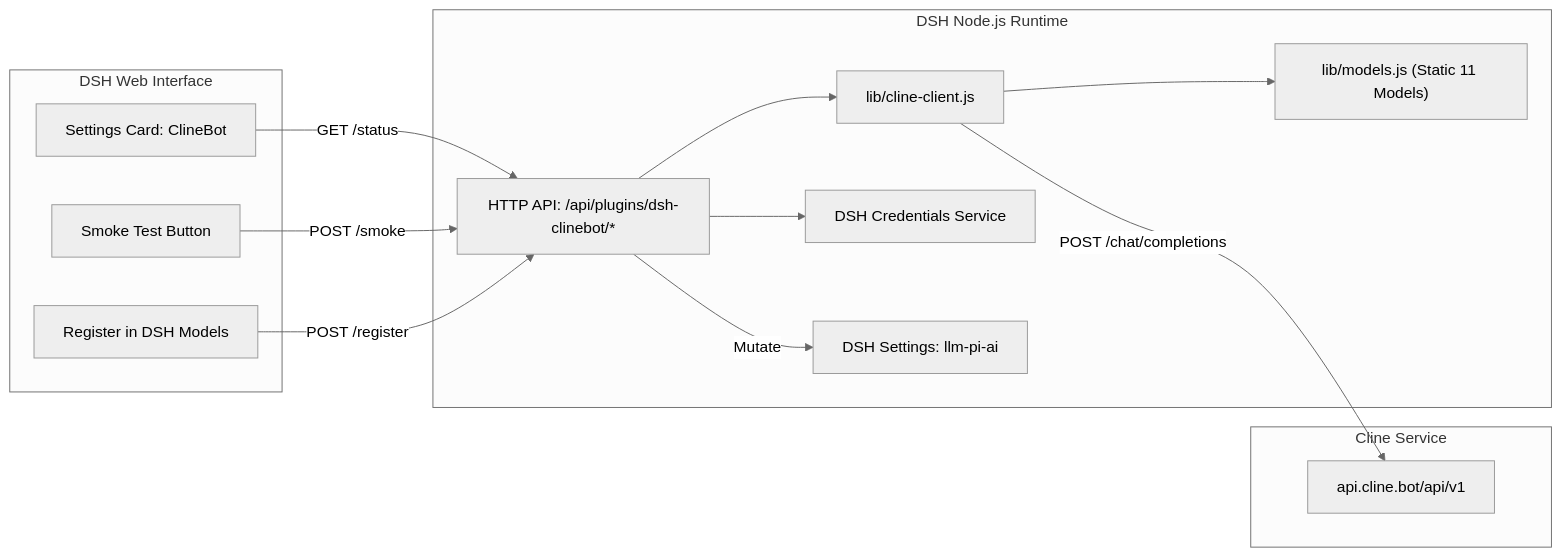
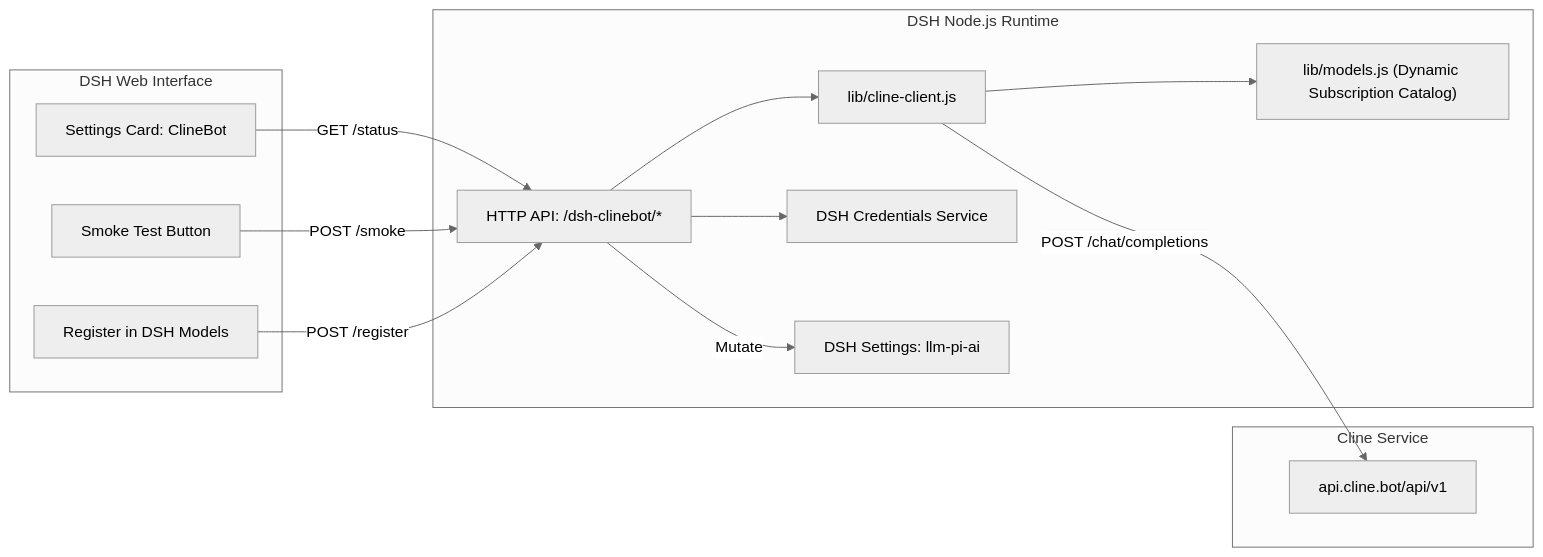
Before and after one commit to GooDAnDReaDY/dsh-clinebot: the diagram in docs/design/DESIGN.md, drawn with Mermaid (neutral theme). The commit also changed other lines of this file and 3 other files, not shown here.

````diff
--- a/docs/design/DESIGN.md
+++ b/docs/design/DESIGN.md
@@ -26,29 +31,29 @@
 ```mermaid
 graph LR
     subgraph Client [DSH Web Interface]
         UI[Settings Card: ClineBot]
         SmokeBtn[Smoke Test Button]
         RegBtn[Register in DSH Models]
     end
 
     subgraph Host [DSH Node.js Runtime]
-        API["HTTP API: /api/plugins/dsh-clinebot/*"]
+        API["HTTP API: /dsh-clinebot/*"]
         ClientHelper["lib/cline-client.js"]
-        Catalog["lib/models.js (Static 11 Models)"]
+        Catalog["lib/models.js (Dynamic Subscription Catalog)"]
         CredService[DSH Credentials Service]
         PiAiSettings["DSH Settings: llm-pi-ai"]
     end
 
     subgraph Remote [Cline Service]
         ClineAPI["api.cline.bot/api/v1"]
     end
 
     UI -->|GET /status| API
     SmokeBtn -->|POST /smoke| API
     RegBtn -->|POST /register| API
     API --> CredService
     API --> ClientHelper
     ClientHelper --> Catalog
     API -->|Mutate| PiAiSettings
     ClientHelper -->|POST /chat/completions| ClineAPI
 ```
````
